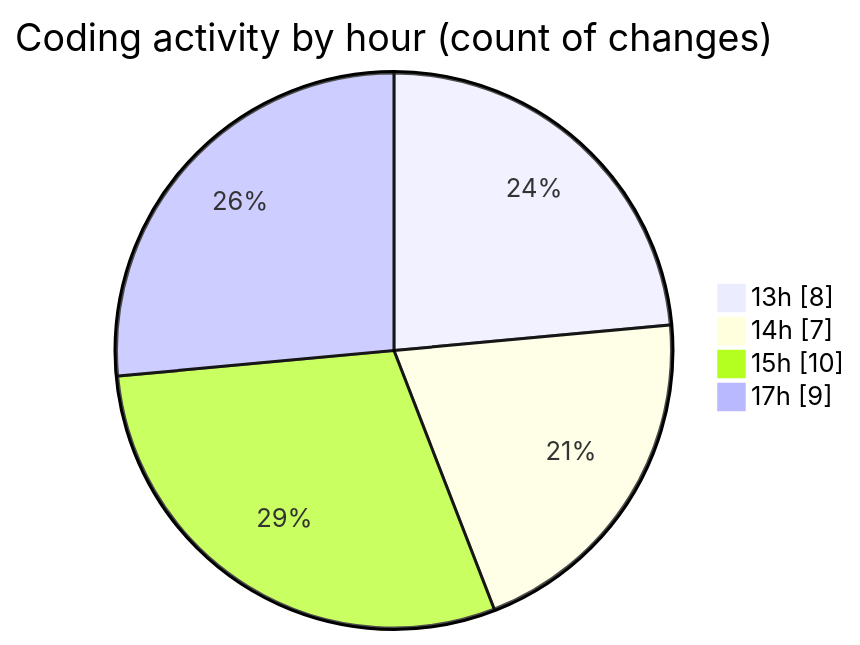
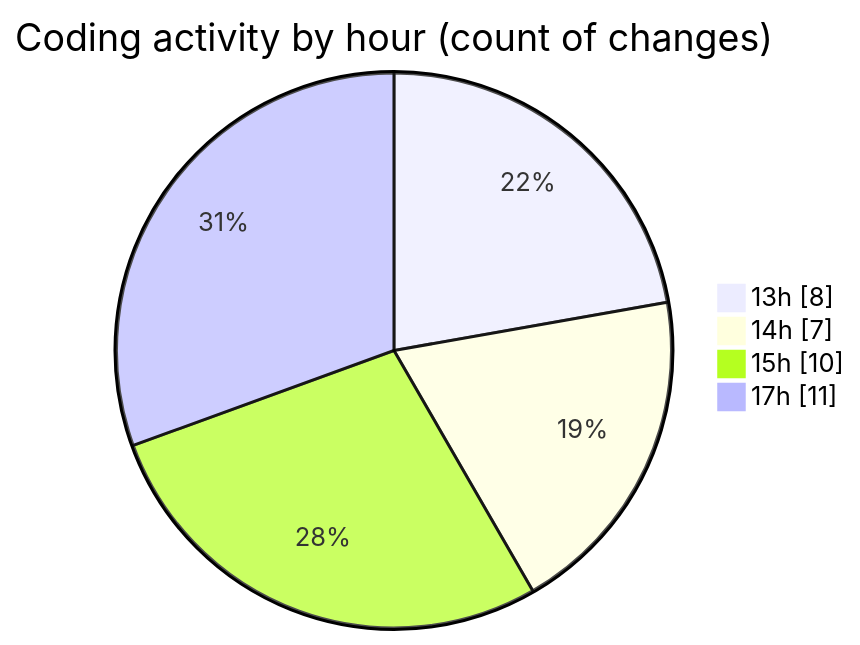
The second of 2 diagrams in 2025-04-03/jsvms/README.md (BS-eng2023/code-tracking), drawn with Mermaid before and after one commit. The commit also changed other lines of this file and 1 other file, not shown here.

````diff
--- a/2025-04-03/jsvms/README.md
+++ b/2025-04-03/jsvms/README.md
@@ -39,8 +39,8 @@
 ```mermaid
 pie showData
 title Coding activity by hour (count of changes)
 "13h" : 8
 "14h" : 7
 "15h" : 10
-"17h" : 9
+"17h" : 11
 ```
````
